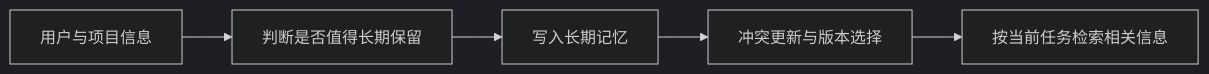
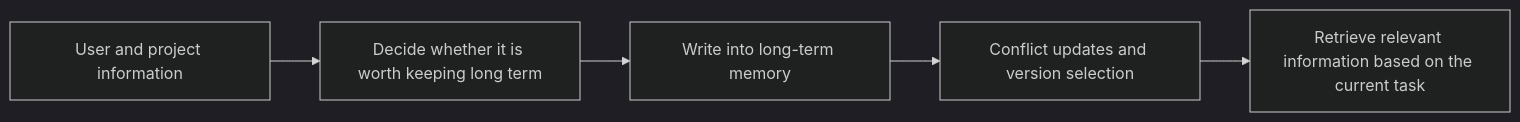
The diagram in docs/ch09-agent/ch04-memory/03-long-term-memory.md (oudbiao/AI-fullstack-course), drawn with Mermaid (dark theme) before and after one commit. The commit also changed other lines of this file and 1406 other files, not shown here.

````diff
--- a/docs/ch09-agent/ch04-memory/03-long-term-memory.md
+++ b/docs/ch09-agent/ch04-memory/03-long-term-memory.md
@@ -41,7 +41,7 @@
 ```mermaid
 flowchart LR
-    A["用户与项目信息"] --> B["判断是否值得长期保留"]
-    B --> C["写入长期记忆"]
-    C --> D["冲突更新与版本选择"]
-    D --> E["按当前任务检索相关信息"]
+    A["User and project information"] --> B["Decide whether it is worth keeping long term"]
+    B --> C["Write into long-term memory"]
+    C --> D["Conflict updates and version selection"]
+    D --> E["Retrieve relevant information based on the current task"]
 ```
````
